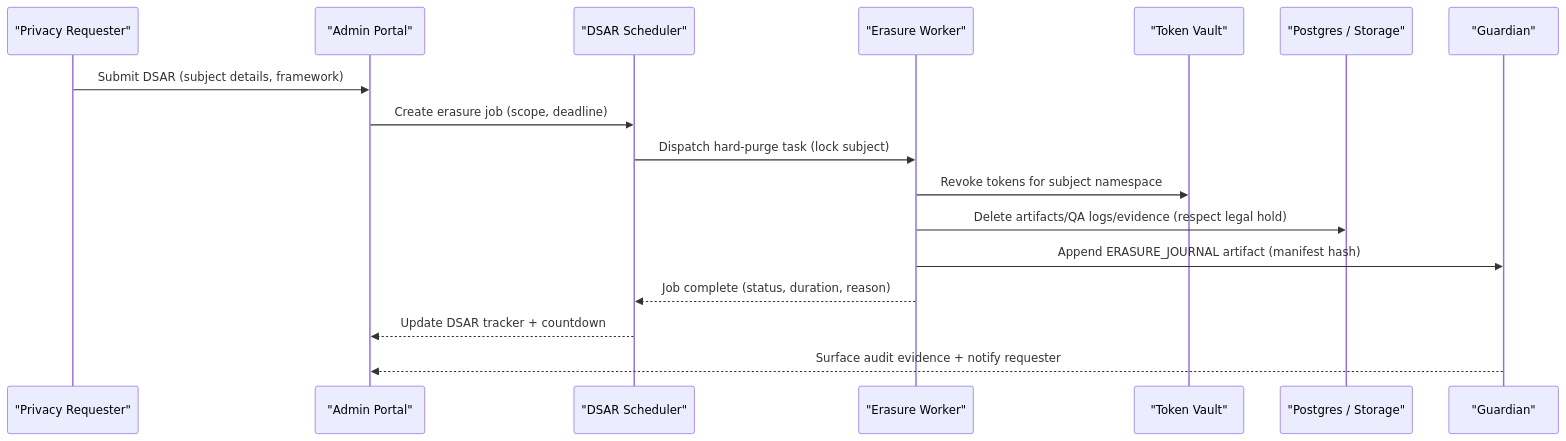
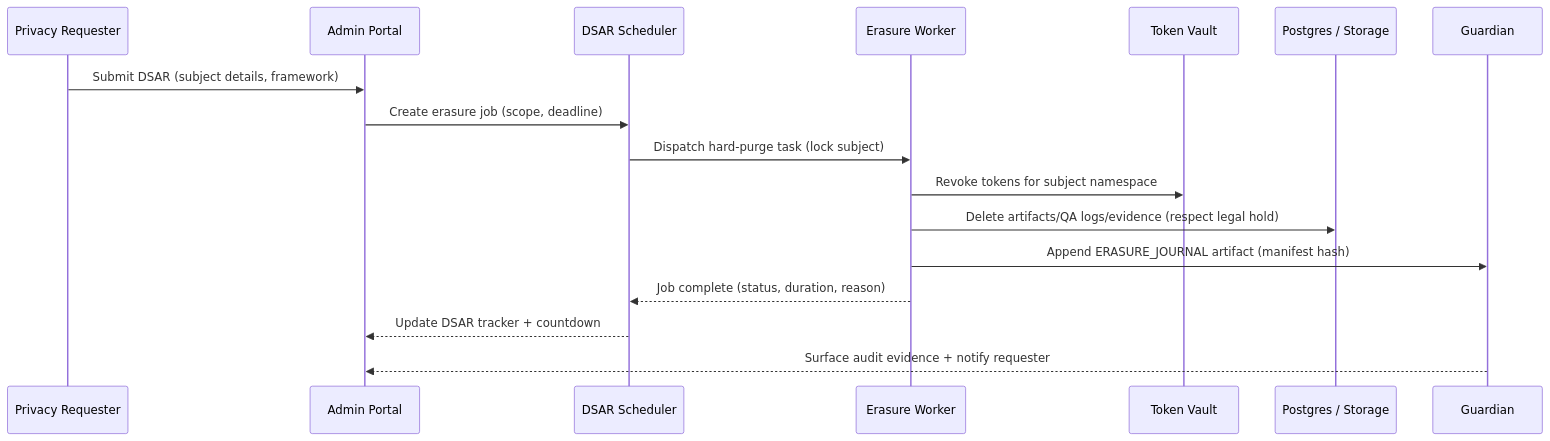
Before and after one commit to PantherianCodeX/udocket.com: the diagram in docs/diagrams/dsar-erasure-v1.mmd, drawn with Mermaid. The commit also changed 54 other files, not shown here.

Commit message:
docs: realign diagram tooling

```diff
--- a/docs/diagrams/dsar-erasure-v1.mmd
+++ b/docs/diagrams/dsar-erasure-v1.mmd
@@ -1,20 +1,20 @@
 %% Mermaid sequence diagram: DSAR hard-purge workflow v1
 %%{init: {"flowchart": {"htmlLabels": false}, "class": {"htmlLabels": false}, "state": {"htmlLabels": false}, "er": {"htmlLabels": false}, "journey": {"htmlLabels": false}, "timeline": {"htmlLabels": false}}}%%
 sequenceDiagram
-  participant Requester as "Privacy Requester"
-  participant Portal as "Admin Portal"
-  participant Scheduler as "DSAR Scheduler"
-  participant Worker as "Erasure Worker"
-  participant Vault as "Token Vault"
-  participant DB as "Postgres / Storage"
-  participant Guardian as "Guardian"
+  participant Requester as Privacy Requester
+  participant Portal as Admin Portal
+  participant Scheduler as DSAR Scheduler
+  participant Worker as Erasure Worker
+  participant Vault as Token Vault
+  participant DB as Postgres / Storage
+  participant Guardian as Guardian
 
   Requester->>Portal: Submit DSAR (subject details, framework)
   Portal->>Scheduler: Create erasure job (scope, deadline)
   Scheduler->>Worker: Dispatch hard-purge task (lock subject)
   Worker->>Vault: Revoke tokens for subject namespace
   Worker->>DB: Delete artifacts/QA logs/evidence (respect legal hold)
   Worker->>Guardian: Append ERASURE_JOURNAL artifact (manifest hash)
   Worker-->>Scheduler: Job complete (status, duration, reason)
   Scheduler-->>Portal: Update DSAR tracker + countdown
   Guardian-->>Portal: Surface audit evidence + notify requester
```
